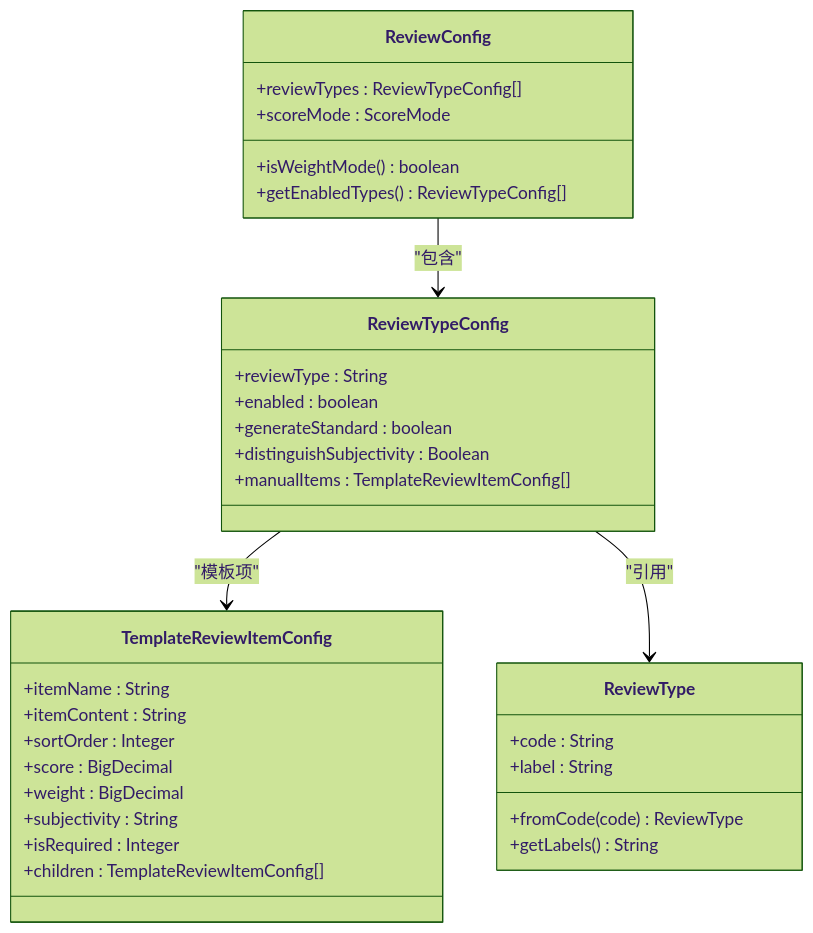
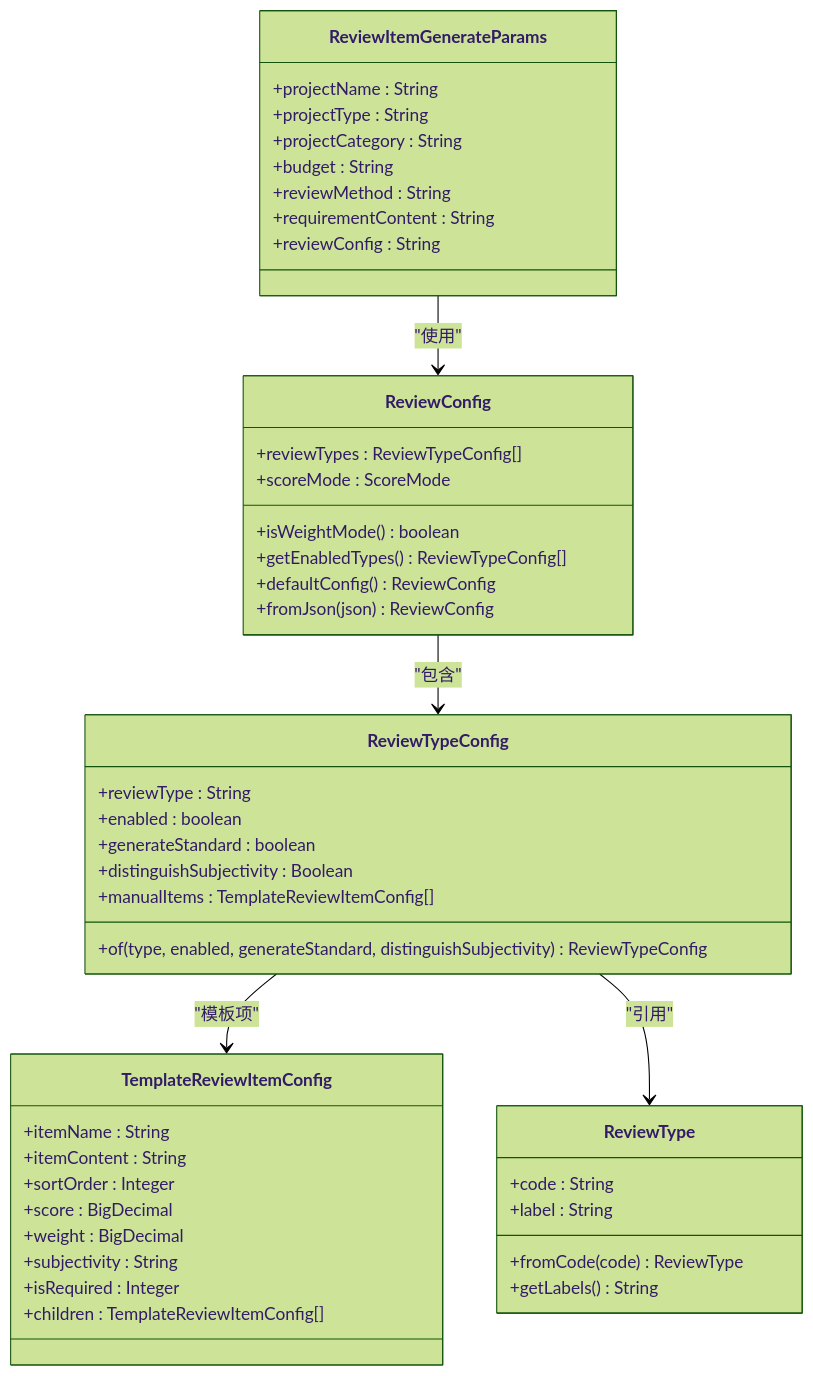
One commit to DrunkFood/First changed the fourth of 9 diagrams in .qoder/repowiki/zh/content/AI功能集成/智能文档生成/审查项生成器.md. Above: the diagram before and after it, drawn with Mermaid (forest theme). The commit also changed other lines of this file and 69 other files, not shown here.

````diff
--- a/.qoder/repowiki/zh/content/AI功能集成/智能文档生成/审查项生成器.md
+++ b/.qoder/repowiki/zh/content/AI功能集成/智能文档生成/审查项生成器.md
@@ -225,35 +244,48 @@
 ```mermaid
 classDiagram
 class ReviewType {
 +code : String
 +label : String
 +fromCode(code) ReviewType
 +getLabels() String
 }
 class ReviewConfig {
 +reviewTypes : ReviewTypeConfig[]
 +scoreMode : ScoreMode
 +isWeightMode() boolean
 +getEnabledTypes() ReviewTypeConfig[]
++defaultConfig() ReviewConfig
++fromJson(json) ReviewConfig
 }
 class ReviewTypeConfig {
 +reviewType : String
 +enabled : boolean
 +generateStandard : boolean
 +distinguishSubjectivity : Boolean
 +manualItems : TemplateReviewItemConfig[]
++of(type, enabled, generateStandard, distinguishSubjectivity) ReviewTypeConfig
 }
 class TemplateReviewItemConfig {
 +itemName : String
 +itemContent : String
 +sortOrder : Integer
 +score : BigDecimal
 +weight : BigDecimal
 +subjectivity : String
 +isRequired : Integer
 +children : TemplateReviewItemConfig[]
 }
+class ReviewItemGenerateParams {
++projectName : String
++projectType : String
++projectCategory : String
++budget : String
++reviewMethod : String
++requirementContent : String
++reviewConfig : String
+}
 ReviewConfig --> ReviewTypeConfig : "包含"
 ReviewTypeConfig --> TemplateReviewItemConfig : "模板项"
 ReviewTypeConfig --> ReviewType : "引用"
+ReviewItemGenerateParams --> ReviewConfig : "使用"
 ```
````
